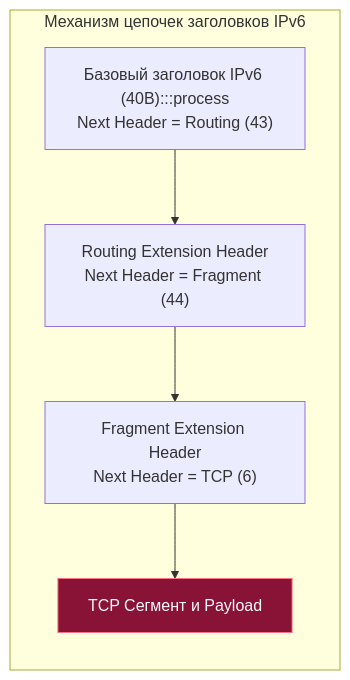
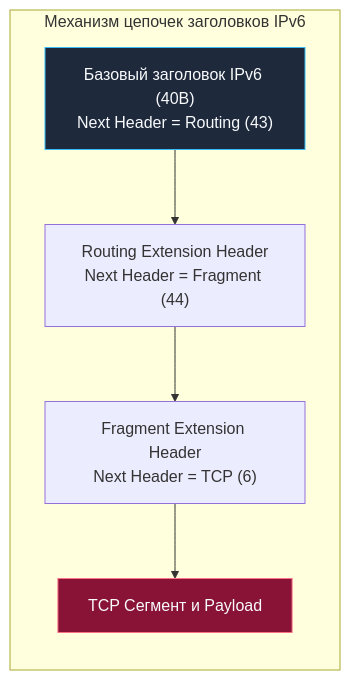
One commit to UnrealTemplier/go-textbook-ru changed the third of 5 diagrams in sources/3. Компьютерные сети и сетевой стек/4. IP. IPv4, IPv6 и устройство сетевого пакета.md. Above: the diagram before and after it, drawn with Mermaid. The commit also changed 40 other files, not shown here.

First line of the commit message:
fix(mermaid): move :::class out of 48 quoted node labels

````diff
--- a/sources/3. Компьютерные сети и сетевой стек/4. IP. IPv4, IPv6 и устройство сетевого пакета.md
+++ b/sources/3. Компьютерные сети и сетевой стек/4. IP. IPv4, IPv6 и устройство сетевого пакета.md
@@ -128,26 +128,26 @@
 ```mermaid
 flowchart LR
     classDef process  fill:#1e293b,stroke:#38bdf8,stroke-width:1px,color:#f8fafc
     classDef success  fill:#064e3b,stroke:#34d399,stroke-width:1px,color:#f8fafc
     classDef error    fill:#7f1d1d,stroke:#f87171,stroke-width:1px,color:#f8fafc
     classDef warning  fill:#78350f,stroke:#fbbf24,stroke-width:1px,color:#f8fafc
     classDef entry    fill:#1e3a5f,stroke:#38bdf8,stroke-width:2px,color:#f8fafc
     classDef aux      fill:#334155,stroke:#64748b,stroke-width:1px,color:#f8fafc
     classDef system   fill:#312e81,stroke:#a78bfa,stroke-width:1px,color:#f8fafc
     classDef data     fill:#132d29,stroke:#2dd4bf,stroke-width:1px,color:#f8fafc
     classDef network  fill:#881337,stroke:#fb7185,stroke-width:1px,color:#f8fafc
     classDef accent   fill:#1e1b4b,stroke:#818cf8,stroke-width:1px,color:#f8fafc
     subgraph IPv6Chaining ["Механизм цепочек заголовков IPv6"]
-        BaseHdr["Базовый заголовок IPv6 (40B):::process
-Next Header = Routing (43)"]
+        BaseHdr["Базовый заголовок IPv6 (40B)
+Next Header = Routing (43)"]:::process
         RoutingHdr["Routing Extension Header
 Next Header = Fragment (44)"]
         FragHdr["Fragment Extension Header
 Next Header = TCP (6)"]
         TCPPayload["TCP Сегмент и Payload"]:::network
     end
 
     BaseHdr --> RoutingHdr
     RoutingHdr --> FragHdr
     FragHdr --> TCPPayload
 ```
````
